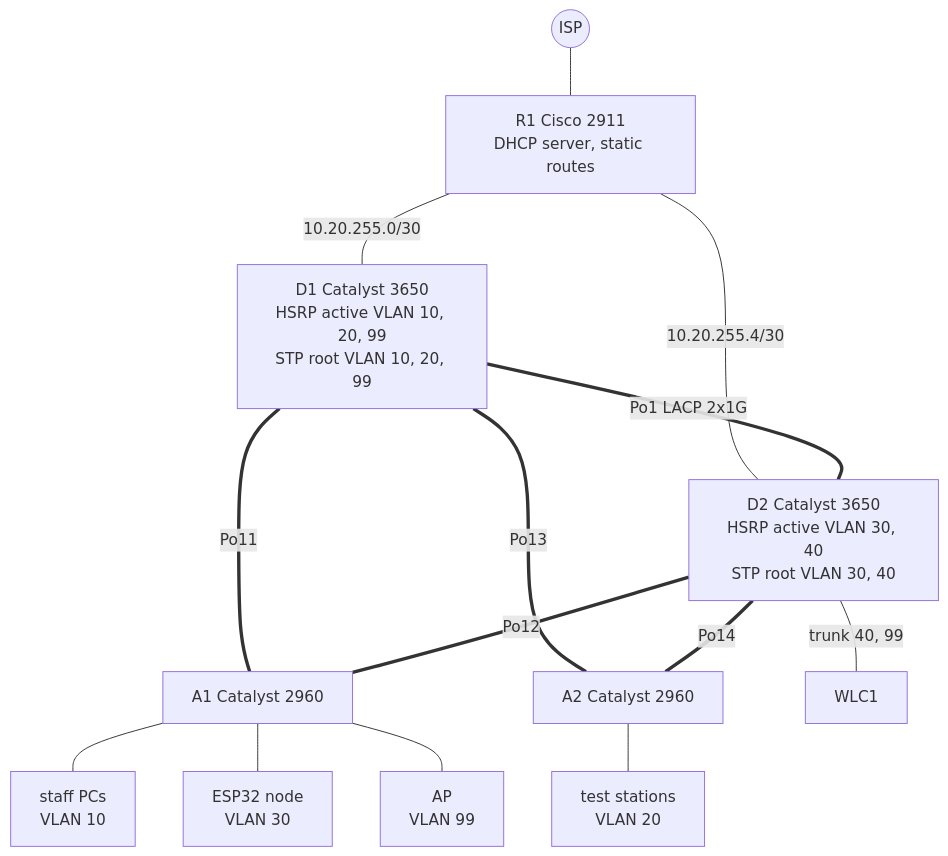
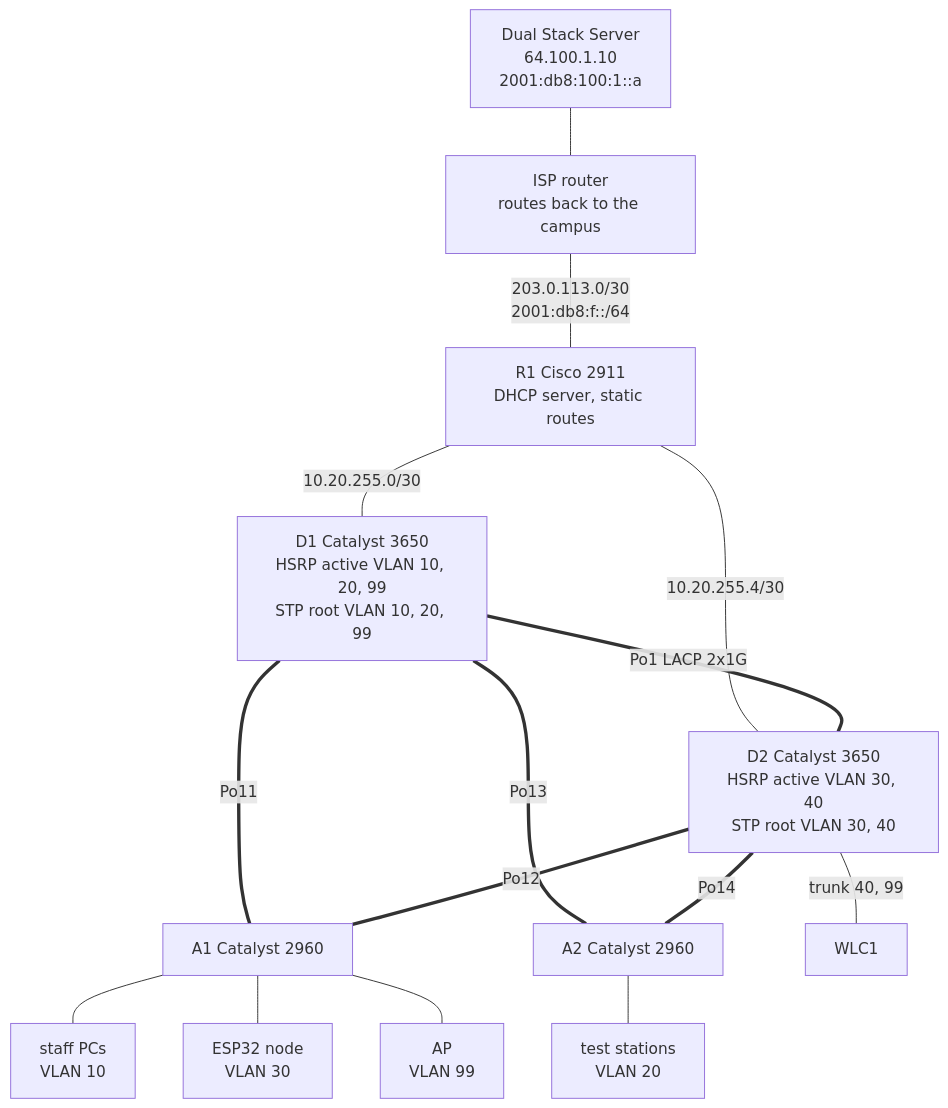
The diagram in README.md (HannaBeshoy/ccna-campus-network), drawn with Mermaid before and after one commit. The commit also changed other lines of this file and 4 other files, not shown here.

````diff
--- a/README.md
+++ b/README.md
@@ -20,16 +21,17 @@
 ```mermaid
 flowchart TB
-    ISP((ISP)) --- R1[R1 Cisco 2911<br/>DHCP server, static routes]
+    SRV[Dual Stack Server<br/>64.100.1.10<br/>2001:db8:100:1::a] --- ISP[ISP router<br/>routes back to the campus]
+    ISP ---|"203.0.113.0/30<br/>2001:db8:f::/64"| R1[R1 Cisco 2911<br/>DHCP server, static routes]
     R1 ---|"10.20.255.0/30"| D1[D1 Catalyst 3650<br/>HSRP active VLAN 10, 20, 99<br/>STP root VLAN 10, 20, 99]
     R1 ---|"10.20.255.4/30"| D2[D2 Catalyst 3650<br/>HSRP active VLAN 30, 40<br/>STP root VLAN 30, 40]
     D1 ===|"Po1 LACP 2x1G"| D2
     D1 ===|Po11| A1[A1 Catalyst 2960]
     D2 ===|Po12| A1
     D1 ===|Po13| A2[A2 Catalyst 2960]
     D2 ===|Po14| A2
     D2 ---|trunk 40, 99| WLC[WLC1]
     A1 --- PC1[staff PCs<br/>VLAN 10]
     A1 --- ESP[ESP32 node<br/>VLAN 30]
     A1 --- AP[AP<br/>VLAN 99]
     A2 --- TS[test stations<br/>VLAN 20]
 ```
````
